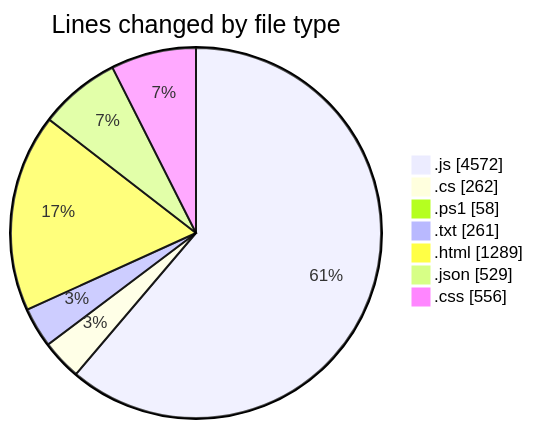
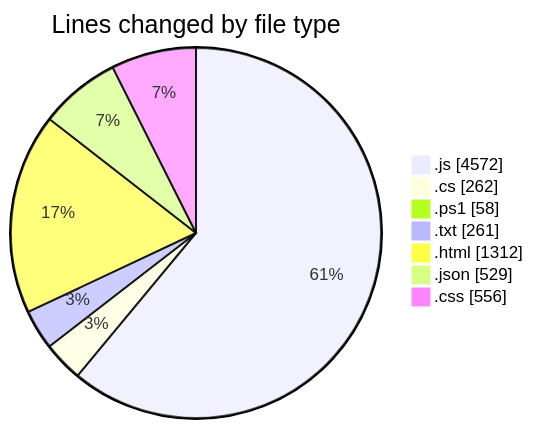
The first of 2 diagrams in 2026-02-17/bot_v1_2/README.md (becaeroporto-bot/code-tracking), drawn with Mermaid before and after one commit. The commit also changed other lines of this file and 1 other file, not shown here.

````diff
--- a/2026-02-17/bot_v1_2/README.md
+++ b/2026-02-17/bot_v1_2/README.md
@@ -38,11 +38,11 @@
 ```mermaid
 pie showData
 title Lines changed by file type
 ".js" : 4572
 ".cs" : 262
 ".ps1" : 58
 ".txt" : 261
-".html" : 1289
+".html" : 1312
 ".json" : 529
 ".css" : 556
 ```
````
